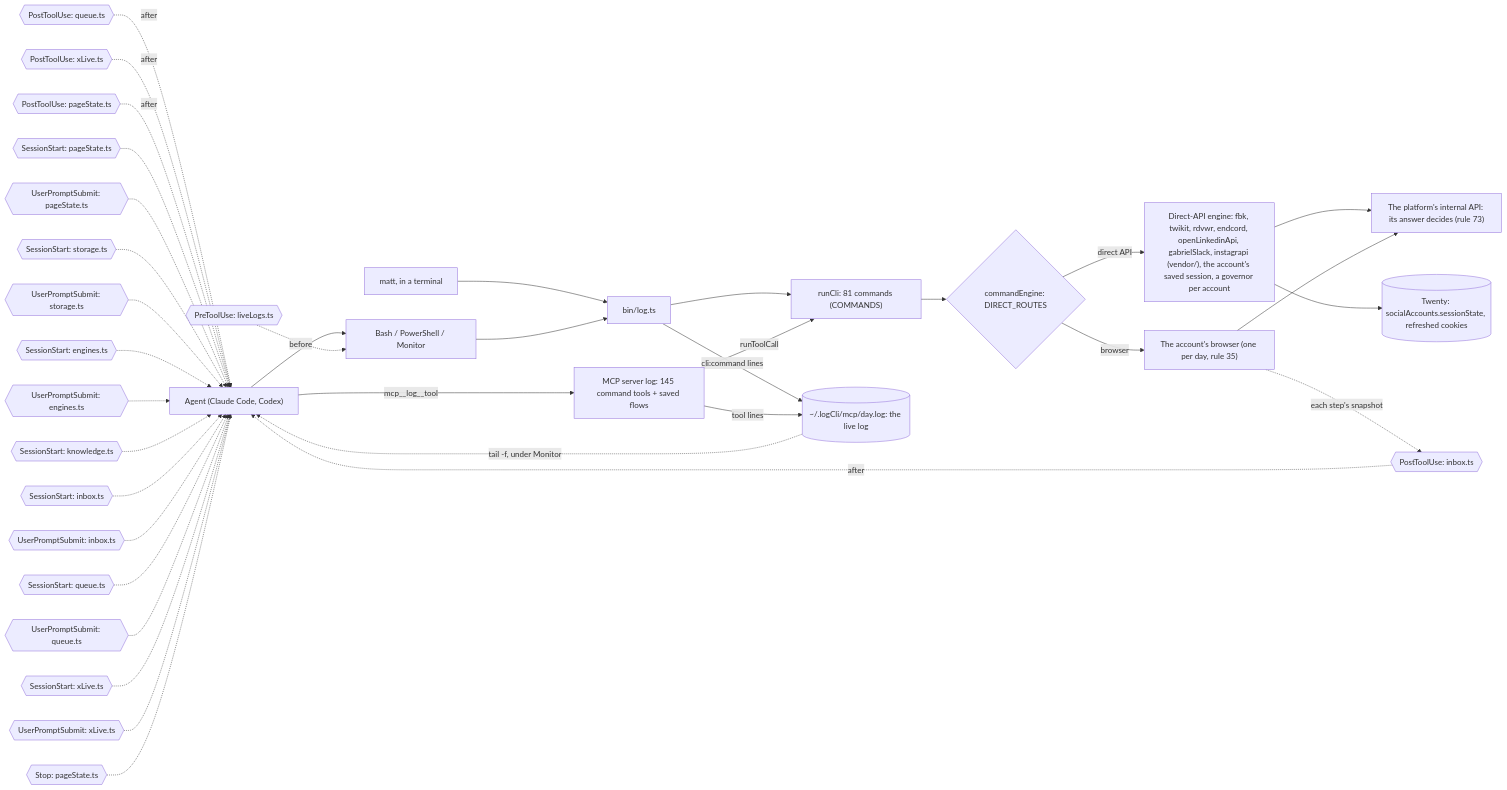
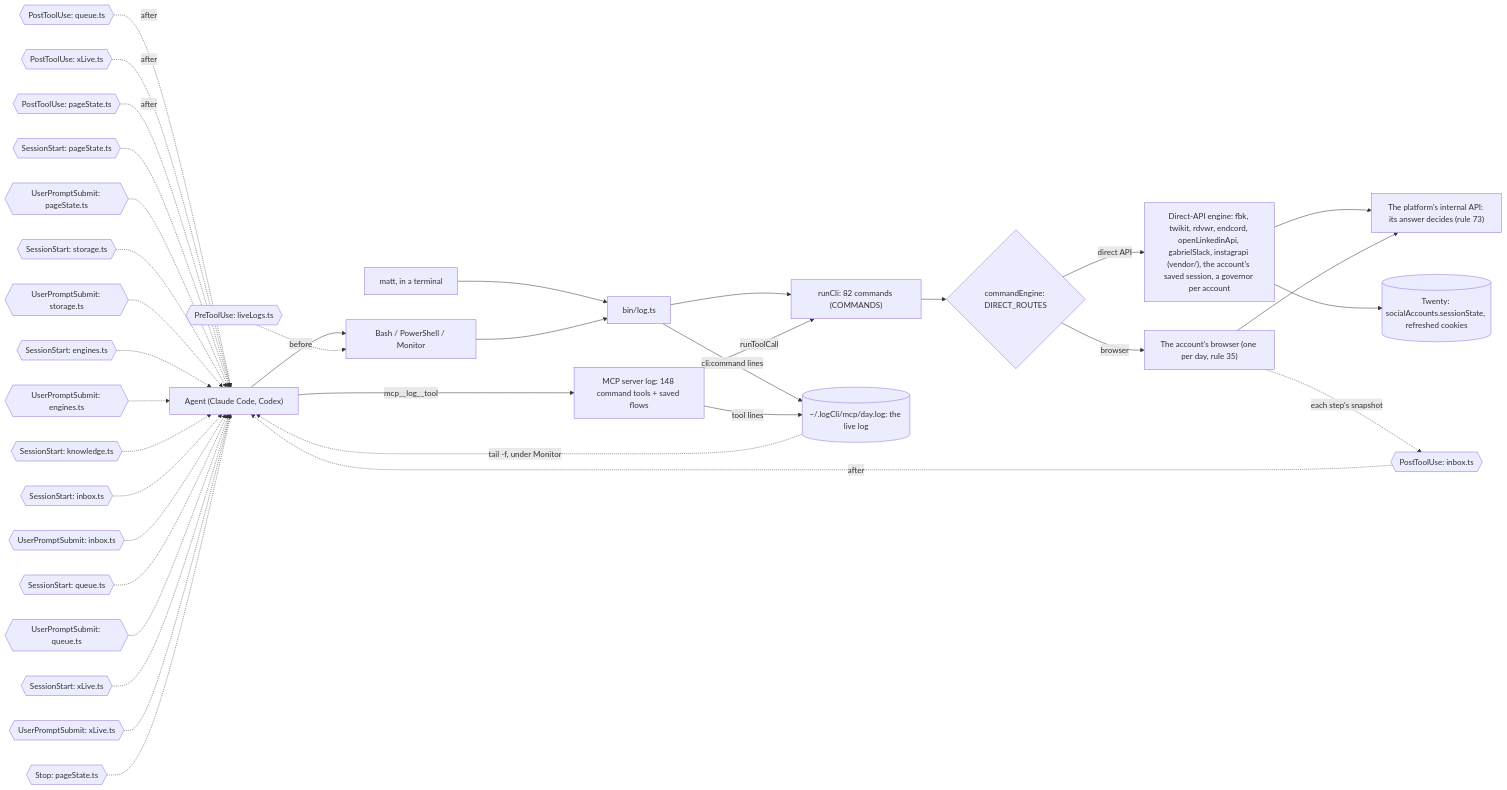
One commit to matthewdonsemail-lab/log changed the third of 6 diagrams in docs/reference.md. Above: the diagram before and after it, drawn with Mermaid. The commit also changed other lines of this file and 41 other files, not shown here.

````diff
--- a/docs/reference.md
+++ b/docs/reference.md
@@ -178,50 +178,50 @@
 ```mermaid
 flowchart LR
   agent["Agent (Claude Code, Codex)"]
   matt["matt, in a terminal"]
   shell["Bash / PowerShell / Monitor"]
-  mcp["MCP server log: 145 command tools + saved flows"]
+  mcp["MCP server log: 148 command tools + saved flows"]
   bin["bin/log.ts"]
-  runCli["runCli: 81 commands (COMMANDS)"]
+  runCli["runCli: 82 commands (COMMANDS)"]
   live[("~/.logCli/mcp/day.log: the live log")]
   engine{"commandEngine: DIRECT_ROUTES"}
   direct["Direct-API engine: fbk, twikit, rdvwr, endcord, openLinkedinApi, gabrielSlack, instagrapi (vendor/), the account's saved session, a governor per account"]
   browser["The account's browser (one per day, rule 35)"]
   api["The platform's internal API: its answer decides (rule 73)"]
   twenty[("Twenty: socialAccounts.sessionState, refreshed cookies")]
   agent --> shell
   matt --> bin
   shell --> bin
   agent -->|mcp__log__tool| mcp
   bin --> runCli
   mcp -->|runToolCall| runCli
   runCli --> engine
   engine -->|direct API| direct
   engine -->|browser| browser
   direct --> api
   browser --> api
   direct --> twenty
   bin -->|cli:command lines| live
   mcp -->|tool lines| live
   live -.->|tail -f, under Monitor| agent
   pre0{{"PreToolUse: liveLogs.ts"}} -.->|before| shell
   post0{{"PostToolUse: inbox.ts"}} -.->|after| agent
   post1{{"PostToolUse: queue.ts"}} -.->|after| agent
   post2{{"PostToolUse: xLive.ts"}} -.->|after| agent
   post3{{"PostToolUse: pageState.ts"}} -.->|after| agent
   turn0{{"SessionStart: pageState.ts"}} -.-> agent
   turn1{{"UserPromptSubmit: pageState.ts"}} -.-> agent
   turn2{{"SessionStart: storage.ts"}} -.-> agent
   turn3{{"UserPromptSubmit: storage.ts"}} -.-> agent
   turn4{{"SessionStart: engines.ts"}} -.-> agent
   turn5{{"UserPromptSubmit: engines.ts"}} -.-> agent
   turn6{{"SessionStart: knowledge.ts"}} -.-> agent
   turn7{{"SessionStart: inbox.ts"}} -.-> agent
   turn8{{"UserPromptSubmit: inbox.ts"}} -.-> agent
   turn9{{"SessionStart: queue.ts"}} -.-> agent
   turn10{{"UserPromptSubmit: queue.ts"}} -.-> agent
   turn11{{"SessionStart: xLive.ts"}} -.-> agent
   turn12{{"UserPromptSubmit: xLive.ts"}} -.-> agent
   turn13{{"Stop: pageState.ts"}} -.-> agent
   browser -.->|each step's snapshot| post0
 ```
````
